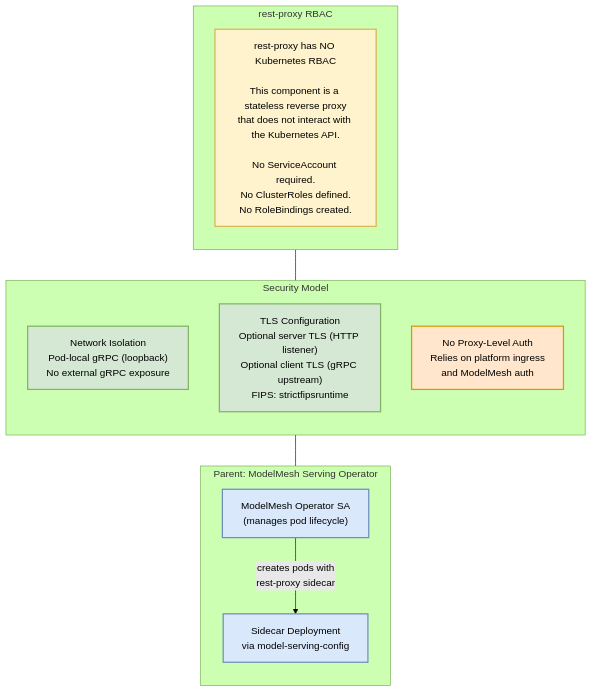
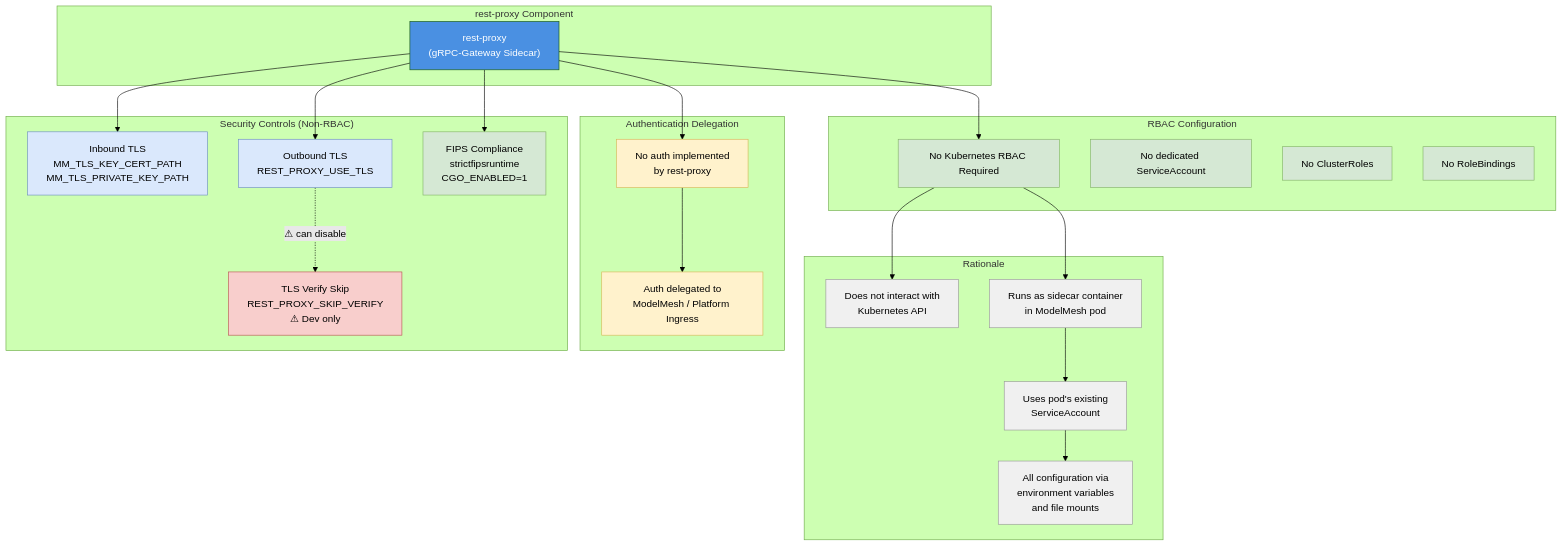
One commit to rhuss/architecture-context changed the diagram in architecture/rhoai.next/diagrams/rest-proxy-rbac.mmd. Above: the diagram before and after it, drawn with Mermaid (forest theme). The commit also changed 1834 other files, not shown here.

Commit message:
regenerate architecture for rhoai.next and rhoai-3.4 (#20)

```diff
--- a/architecture/rhoai.next/diagrams/rest-proxy-rbac.mmd
+++ b/architecture/rhoai.next/diagrams/rest-proxy-rbac.mmd
@@ -1,28 +1,58 @@
 graph TD
-    subgraph ProxyInfo["rest-proxy RBAC"]
-        direction TB
-        Note["rest-proxy has NO Kubernetes RBAC<br/><br/>This component is a stateless reverse proxy<br/>that does not interact with the Kubernetes API.<br/><br/>No ServiceAccount required.<br/>No ClusterRoles defined.<br/>No RoleBindings created."]
+    subgraph Component["rest-proxy Component"]
+        RestProxy["rest-proxy<br/>(gRPC-Gateway Sidecar)"]
     end
 
-    subgraph SecurityModel["Security Model"]
-        direction TB
-        NetworkIsolation["Network Isolation<br/>Pod-local gRPC (loopback)<br/>No external gRPC exposure"]
-        TLSConfig["TLS Configuration<br/>Optional server TLS (HTTP listener)<br/>Optional client TLS (gRPC upstream)<br/>FIPS: strictfipsruntime"]
-        NoAuth["No Proxy-Level Auth<br/>Relies on platform ingress<br/>and ModelMesh auth"]
+    subgraph RBACStatus["RBAC Configuration"]
+        NoRBAC["No Kubernetes RBAC Required"]
+        NoSA["No dedicated ServiceAccount"]
+        NoCR["No ClusterRoles"]
+        NoRB["No RoleBindings"]
     end
 
-    subgraph ParentRBAC["Parent: ModelMesh Serving Operator"]
-        direction TB
-        OperatorSA["ModelMesh Operator SA<br/>(manages pod lifecycle)"]
-        OperatorSA -->|"creates pods with<br/>rest-proxy sidecar"| SidecarDeploy["Sidecar Deployment<br/>via model-serving-config"]
+    subgraph Rationale["Rationale"]
+        R1["Does not interact with<br/>Kubernetes API"]
+        R2["Runs as sidecar container<br/>in ModelMesh pod"]
+        R3["Uses pod's existing<br/>ServiceAccount"]
+        R4["All configuration via<br/>environment variables<br/>and file mounts"]
     end
 
-    ProxyInfo --- SecurityModel
-    SecurityModel --- ParentRBAC
+    subgraph AuthDelegation["Authentication Delegation"]
+        NoAuth["No auth implemented<br/>by rest-proxy"]
+        PlatformAuth["Auth delegated to<br/>ModelMesh / Platform Ingress"]
+    end
 
-    style Note fill:#fff3cd,stroke:#d6b656,stroke-width:2px
-    style NetworkIsolation fill:#d5e8d4,stroke:#82b366,stroke-width:2px
-    style TLSConfig fill:#d5e8d4,stroke:#82b366,stroke-width:2px
-    style NoAuth fill:#ffe6cc,stroke:#d79b00,stroke-width:2px
-    style OperatorSA fill:#dae8fc,stroke:#6c8ebf,stroke-width:2px
-    style SidecarDeploy fill:#dae8fc,stroke:#6c8ebf,stroke-width:2px
+    subgraph SecurityControls["Security Controls (Non-RBAC)"]
+        TLS_In["Inbound TLS<br/>MM_TLS_KEY_CERT_PATH<br/>MM_TLS_PRIVATE_KEY_PATH"]
+        TLS_Out["Outbound TLS<br/>REST_PROXY_USE_TLS"]
+        SkipVerify["TLS Verify Skip<br/>REST_PROXY_SKIP_VERIFY<br/>⚠ Dev only"]
+        FIPS["FIPS Compliance<br/>strictfipsruntime<br/>CGO_ENABLED=1"]
+    end
+
+    RestProxy --> NoRBAC
+    NoRBAC --> R1
+    NoRBAC --> R2
+    R2 --> R3
+    R3 --> R4
+    RestProxy --> NoAuth
+    NoAuth --> PlatformAuth
+    RestProxy --> TLS_In
+    RestProxy --> TLS_Out
+    RestProxy --> FIPS
+    TLS_Out -.->|"⚠ can disable"| SkipVerify
+
+    style RestProxy fill:#4a90e2,color:#fff
+    style NoRBAC fill:#d5e8d4,stroke:#82b366
+    style NoSA fill:#d5e8d4,stroke:#82b366
+    style NoCR fill:#d5e8d4,stroke:#82b366
+    style NoRB fill:#d5e8d4,stroke:#82b366
+    style R1 fill:#f0f0f0,stroke:#999
+    style R2 fill:#f0f0f0,stroke:#999
+    style R3 fill:#f0f0f0,stroke:#999
+    style R4 fill:#f0f0f0,stroke:#999
+    style NoAuth fill:#fff2cc,stroke:#d6b656
+    style PlatformAuth fill:#fff2cc,stroke:#d6b656
+    style TLS_In fill:#dae8fc,stroke:#6c8ebf
+    style TLS_Out fill:#dae8fc,stroke:#6c8ebf
+    style SkipVerify fill:#f8cecc,stroke:#b85450
+    style FIPS fill:#d5e8d4,stroke:#82b366
```
